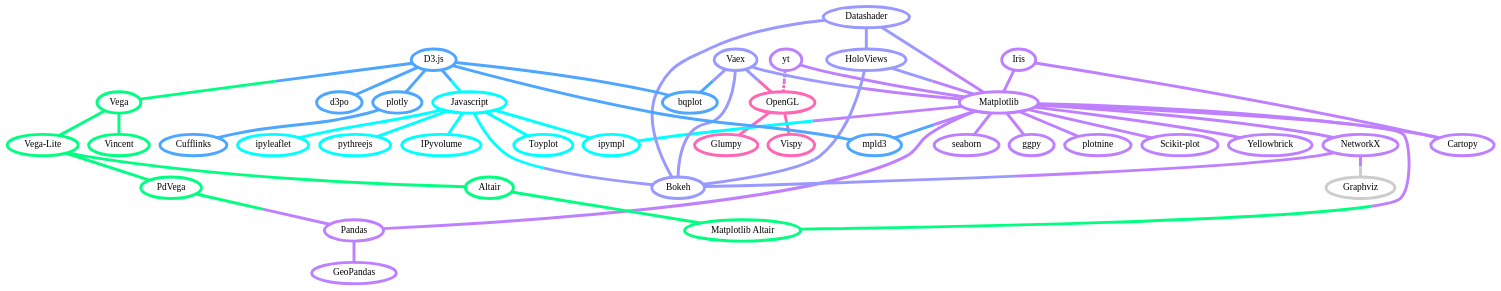
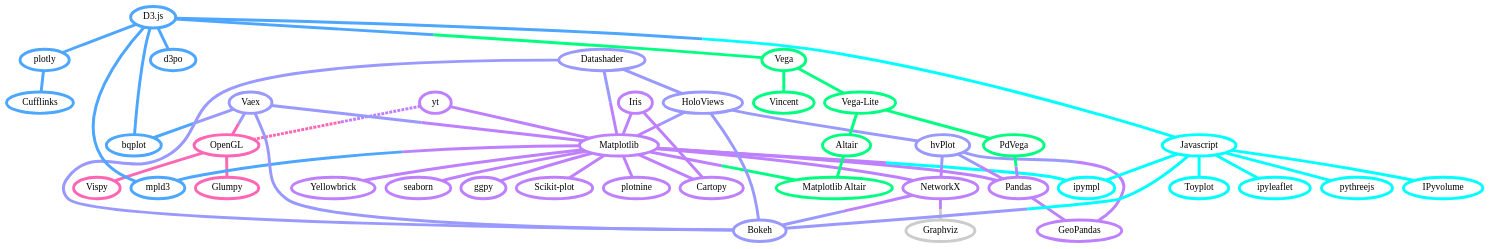
Before and after one commit to veit/jupyter-tutorial: the diagram in docs/viz/overview.rst, drawn with Graphviz.

Commit message:
Add hvplot to viz overview, see #46

```diff
--- a/docs/viz/overview.rst
+++ b/docs/viz/overview.rst
@@ -151,15 +151,25 @@
             color="#9999FF",
             target="_top",
             href="http://holoviews.org/"]
+        hvplot [
+            label="hvPlot",
+            tooltip="High-level-Plot-API\nauf Basis von HoloViews",
+            color="#9999FF",
+            target="_top",
+            href="http://holoviews.org/"]
         datashader [
             label="Datashader",
             tooltip="Grafik-Pipeline-System für\naussagekräftige Darstellungen\ngroßer Datensätze",
             color="#9999FF",
             target="_top",
             href="../viz/bokeh/integration/datashader.html"]
-        vaex -- bokeh [color="#9999FF;0.5:#9999FF"]
-        holoviews -- bokeh [color="#9999FF;0.5:#9999FF"]
-        datashader -- bokeh [color="#9999FF;0.5:#9999FF"]
+        vaex -- bokeh [color="#9999FF"]
+        holoviews -- bokeh [color="#9999FF"]
+        holoviews -- hvplot [color="#9999FF"]
+        hvplot -- pandas [color="#9999FF;0.5:#BF80FF"]
+        hvplot -- geopandas [color="#9999FF;0.5:#BF80FF"]
+        hvplot -- networkx [color="#9999FF;0.5:#BF80FF"]
+        datashader -- bokeh [color="#9999FF"]
         networkx -- bokeh [color="#BF80FF;0.5:#9999FF"]
         datashader -- holoviews [color="#9999FF"]
         vaex -- mpl [color="#9999FF;0.5:#BF80FF"]
```
